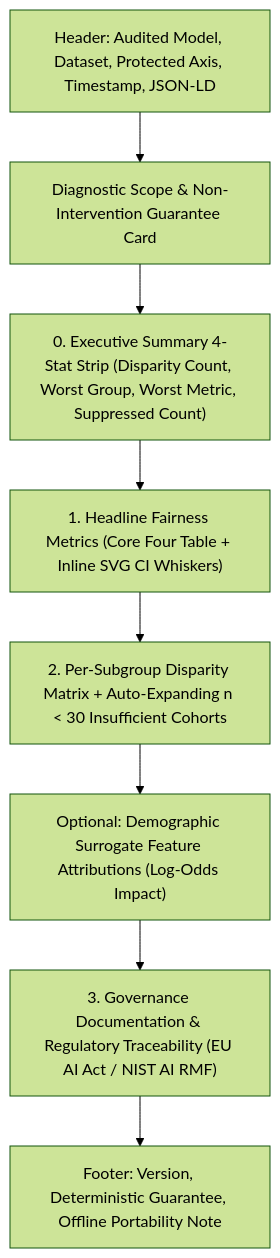
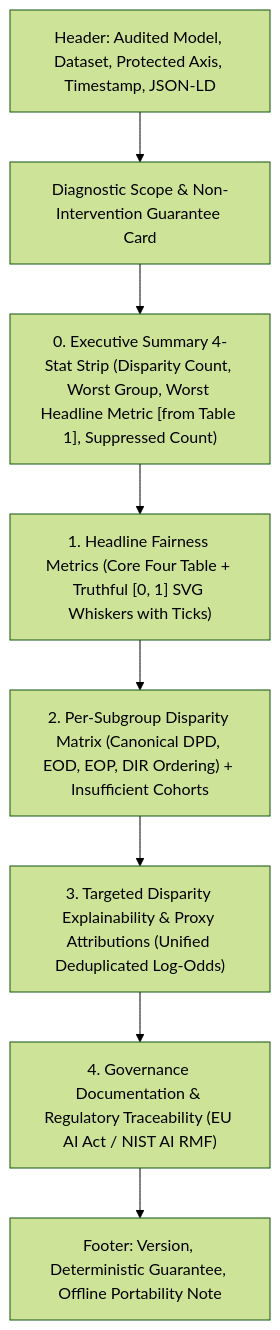
The diagram in .github/prompts/compliance-report-harmonizer.prompt.md (Aaradhya-Dev-Tamrakar/Agent-Customization-Sync), drawn with Mermaid (forest theme) before and after one commit. The commit also changed other lines of this file and 31 other files, not shown here.

````diff
--- a/.github/prompts/compliance-report-harmonizer.prompt.md
+++ b/.github/prompts/compliance-report-harmonizer.prompt.md
@@ -29,10 +49,10 @@
 ```mermaid
 flowchart TD
     H["Header: Audited Model, Dataset, Protected Axis, Timestamp, JSON-LD"] --> S["Diagnostic Scope & Non-Intervention Guarantee Card"]
-    S --> E["0. Executive Summary 4-Stat Strip (Disparity Count, Worst Group, Worst Metric, Suppressed Count)"]
-    E --> C["1. Headline Fairness Metrics (Core Four Table + Inline SVG CI Whiskers)"]
-    C --> M["2. Per-Subgroup Disparity Matrix + Auto-Expanding n < 30 Insufficient Cohorts"]
-    M --> X["Optional: Demographic Surrogate Feature Attributions (Log-Odds Impact)"]
-    X --> G["3. Governance Documentation & Regulatory Traceability (EU AI Act / NIST AI RMF)"]
+    S --> E["0. Executive Summary 4-Stat Strip (Disparity Count, Worst Group, Worst Headline Metric [from Table 1], Suppressed Count)"]
+    E --> C["1. Headline Fairness Metrics (Core Four Table + Truthful [0, 1] SVG Whiskers with Ticks)"]
+    C --> M["2. Per-Subgroup Disparity Matrix (Canonical DPD, EOD, EOP, DIR Ordering) + Insufficient Cohorts"]
+    M --> X["3. Targeted Disparity Explainability & Proxy Attributions (Unified Deduplicated Log-Odds)"]
+    X --> G["4. Governance Documentation & Regulatory Traceability (EU AI Act / NIST AI RMF)"]
     G --> F["Footer: Version, Deterministic Guarantee, Offline Portability Note"]
 ```
````
